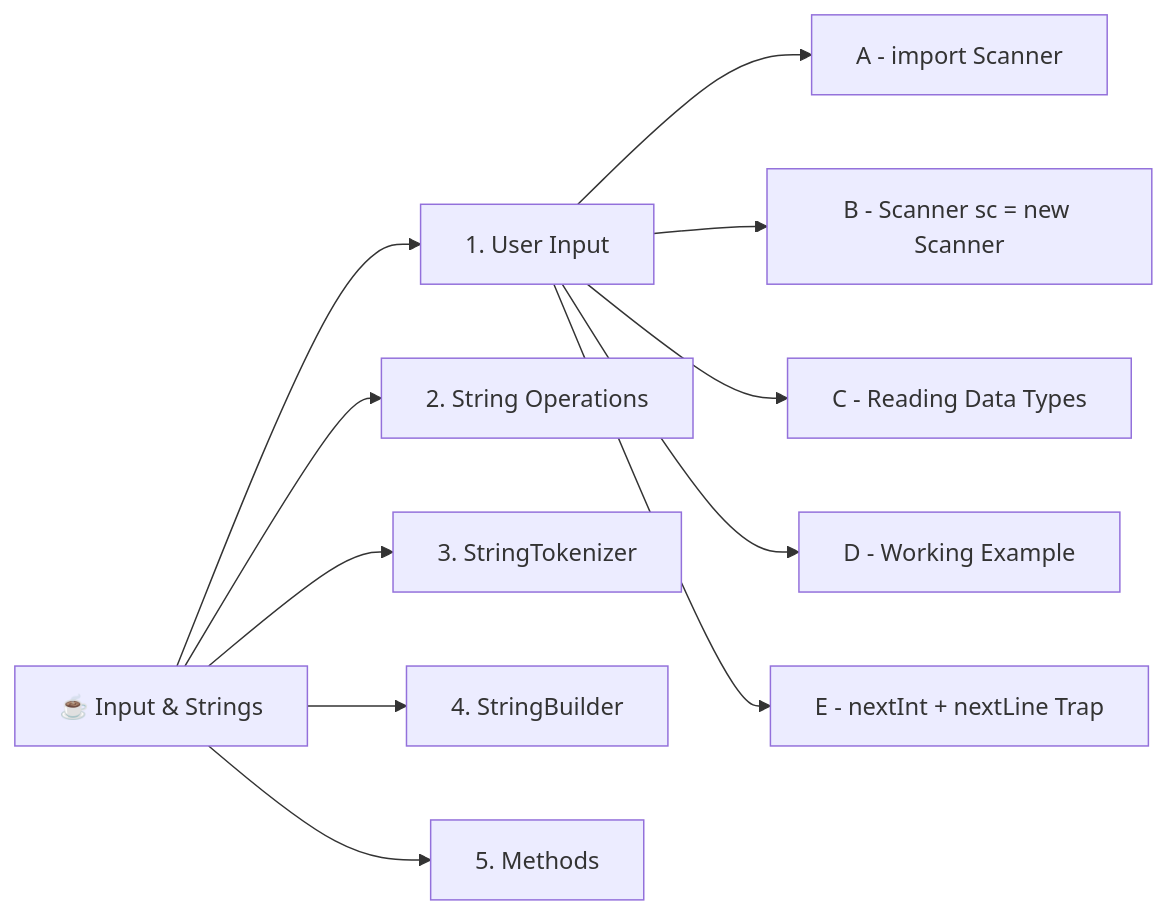
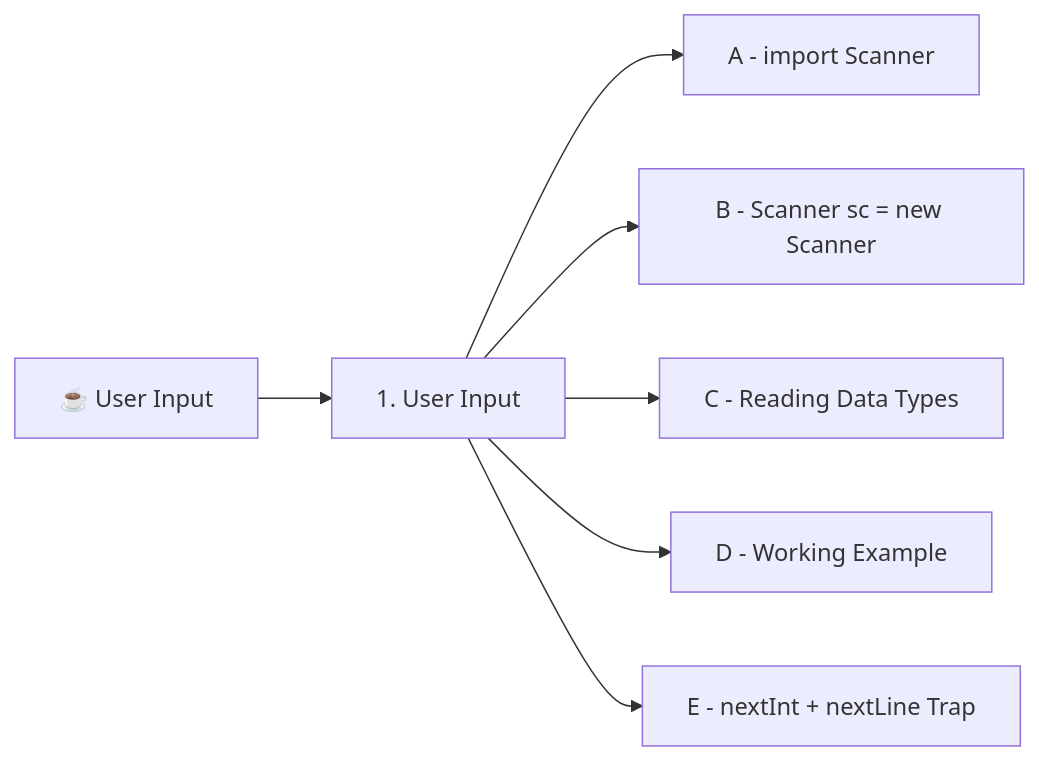
One commit to see-yaam/Object-Oriented-Programming-in-JAVA changed the diagram in 07. Taking User Input in JAVA/README.md. Above: the diagram before and after it, drawn with Mermaid. The commit also changed other lines of this file, not shown here.

````diff
--- a/07. Taking User Input in JAVA/README.md
+++ b/07. Taking User Input in JAVA/README.md
@@ -17,15 +11,10 @@
 ```mermaid
 flowchart LR
-    Root["☕ Input & Strings"]
+    Root["☕ User Input"]
     Root --> S1["1. User Input"]
-    Root --> S2["2. String Operations"]
-    Root --> S3["3. StringTokenizer"]
-    Root --> S4["4. StringBuilder"]
-    Root --> S5["5. Methods"]
-
     S1 --> S1a["A - import Scanner"]
     S1 --> S1b["B - Scanner sc = new Scanner"]
     S1 --> S1c["C - Reading Data Types"]
     S1 --> S1d["D - Working Example"]
     S1 --> S1e["E - nextInt + nextLine Trap"]
 ```
````
